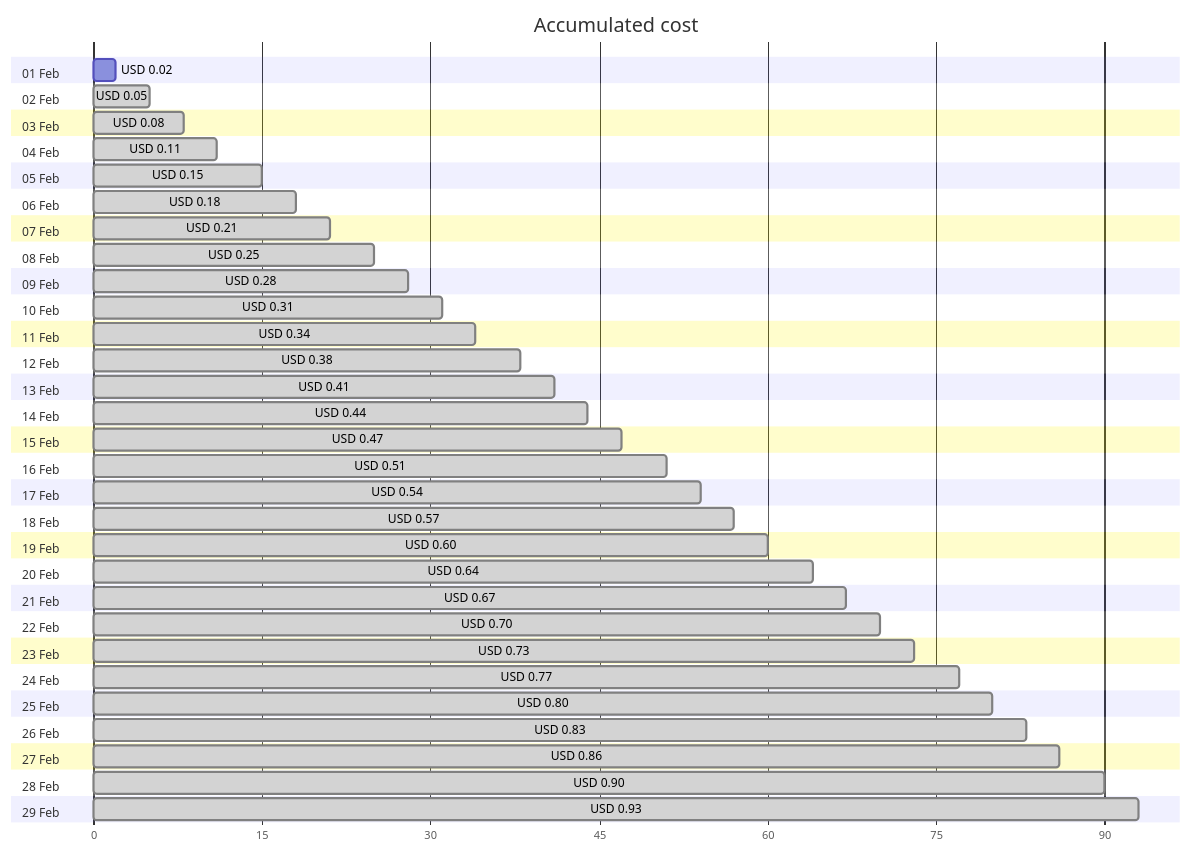
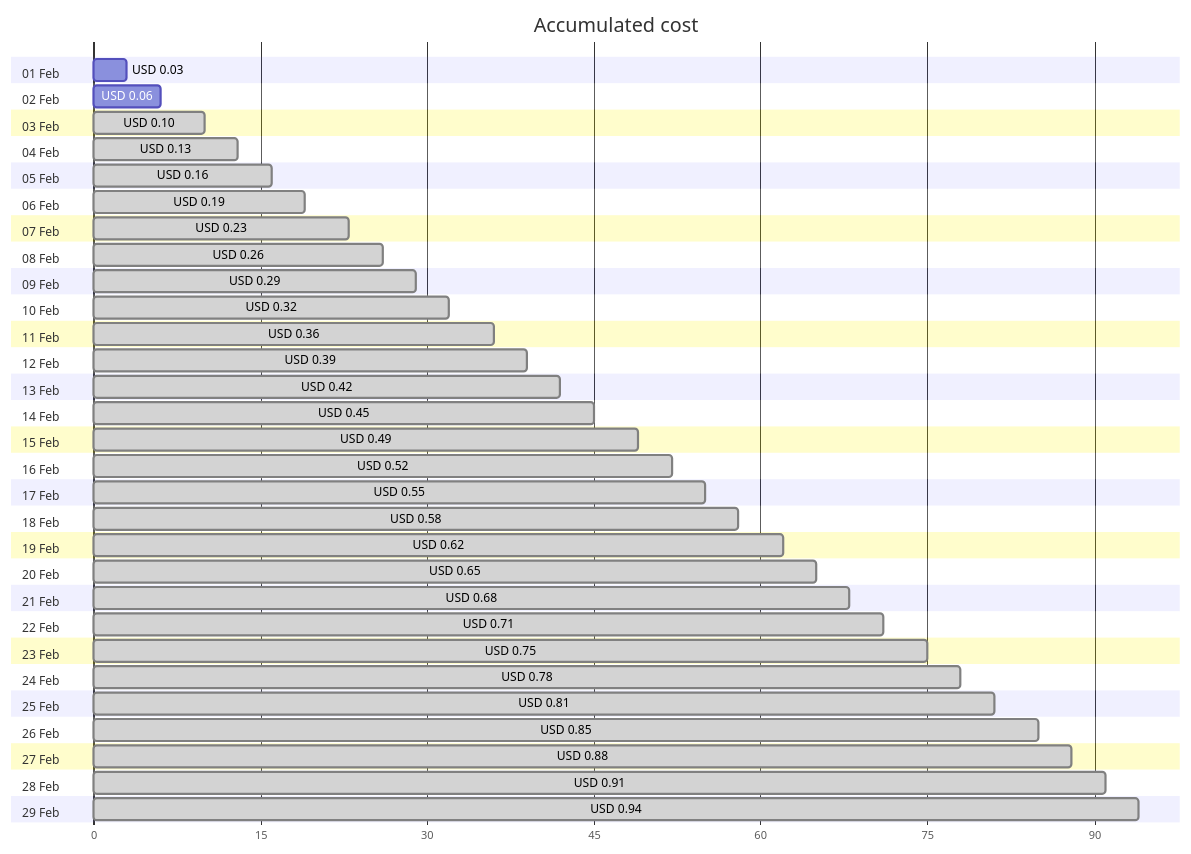
Before and after one commit to jpfulton/azure-personal-reports: the first of 4 diagrams in cost-reports/personal-dns/README.md, drawn with Mermaid. The commit also changed other lines of this file and 2 other files, not shown here.

Commit message:
Generated reports [skip ci]

````diff
--- a/cost-reports/personal-dns/README.md
+++ b/cost-reports/personal-dns/README.md
@@ -20,64 +20,64 @@
 ```mermaid
 gantt
    title Accumulated cost
    dateFormat  X
    axisFormat %s
    section 01 Feb
-   USD 0.02 :0, 2
+   USD 0.03 :0, 3
    section 02 Feb
-   USD 0.05 : done, 0, 5
+   USD 0.06 :0, 6
    section 03 Feb
-   USD 0.08 : done, 0, 8
+   USD 0.10 : done, 0, 10
    section 04 Feb
-   USD 0.11 : done, 0, 11
+   USD 0.13 : done, 0, 13
    section 05 Feb
-   USD 0.15 : done, 0, 15
+   USD 0.16 : done, 0, 16
    section 06 Feb
-   USD 0.18 : done, 0, 18
+   USD 0.19 : done, 0, 19
    section 07 Feb
-   USD 0.21 : done, 0, 21
+   USD 0.23 : done, 0, 23
    section 08 Feb
-   USD 0.25 : done, 0, 25
+   USD 0.26 : done, 0, 26
    section 09 Feb
-   USD 0.28 : done, 0, 28
+   USD 0.29 : done, 0, 29
    section 10 Feb
-   USD 0.31 : done, 0, 31
+   USD 0.32 : done, 0, 32
    section 11 Feb
-   USD 0.34 : done, 0, 34
+   USD 0.36 : done, 0, 36
    section 12 Feb
-   USD 0.38 : done, 0, 38
+   USD 0.39 : done, 0, 39
    section 13 Feb
-   USD 0.41 : done, 0, 41
+   USD 0.42 : done, 0, 42
    section 14 Feb
-   USD 0.44 : done, 0, 44
+   USD 0.45 : done, 0, 45
    section 15 Feb
-   USD 0.47 : done, 0, 47
+   USD 0.49 : done, 0, 49
    section 16 Feb
-   USD 0.51 : done, 0, 51
+   USD 0.52 : done, 0, 52
    section 17 Feb
-   USD 0.54 : done, 0, 54
+   USD 0.55 : done, 0, 55
    section 18 Feb
-   USD 0.57 : done, 0, 57
+   USD 0.58 : done, 0, 58
    section 19 Feb
-   USD 0.60 : done, 0, 60
+   USD 0.62 : done, 0, 62
    section 20 Feb
-   USD 0.64 : done, 0, 64
+   USD 0.65 : done, 0, 65
    section 21 Feb
-   USD 0.67 : done, 0, 67
+   USD 0.68 : done, 0, 68
    section 22 Feb
-   USD 0.70 : done, 0, 70
+   USD 0.71 : done, 0, 71
    section 23 Feb
-   USD 0.73 : done, 0, 73
+   USD 0.75 : done, 0, 75
    section 24 Feb
-   USD 0.77 : done, 0, 77
+   USD 0.78 : done, 0, 78
    section 25 Feb
-   USD 0.80 : done, 0, 80
+   USD 0.81 : done, 0, 81
    section 26 Feb
-   USD 0.83 : done, 0, 83
+   USD 0.85 : done, 0, 85
    section 27 Feb
-   USD 0.86 : done, 0, 86
+   USD 0.88 : done, 0, 88
    section 28 Feb
-   USD 0.90 : done, 0, 90
+   USD 0.91 : done, 0, 91
    section 29 Feb
-   USD 0.93 : done, 0, 93
+   USD 0.94 : done, 0, 94
 ```
````
